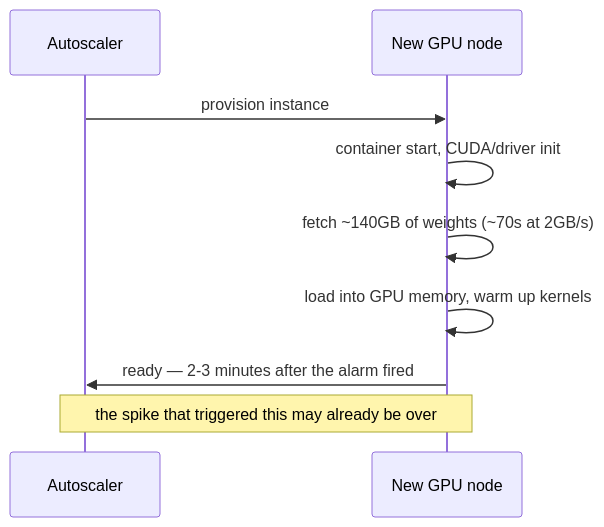
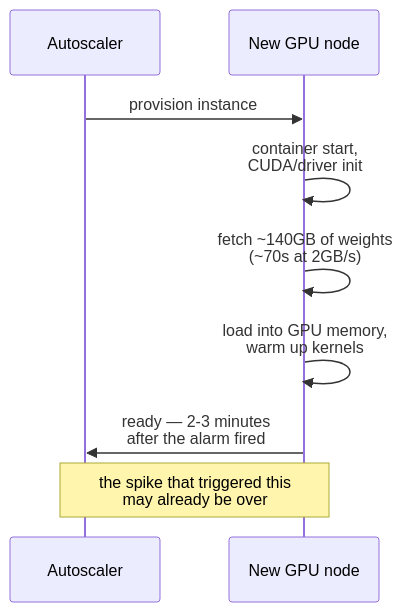
Before and after one commit to riyaz-pasha/Learnings: the ninth of 13 diagrams in system-design/HLD/0-course/42-Design-a-ChatGPT-System-FAANG-Guide-story.md, drawn with Mermaid. The commit also changed other lines of this file and 1 other file, not shown here.

Commit message:
[REWRITE] ChatGPT System story guide: simplify prose, add structure, fix diagrams

````diff
--- a/system-design/HLD/0-course/42-Design-a-ChatGPT-System-FAANG-Guide-story.md
+++ b/system-design/HLD/0-course/42-Design-a-ChatGPT-System-FAANG-Guide-story.md
@@ -224,11 +496,12 @@
 ```mermaid
 sequenceDiagram
     participant AS as Autoscaler
     participant Node as New GPU node
+
     AS->>Node: provision instance
-    Node->>Node: container start, CUDA/driver init
-    Node->>Node: fetch ~140GB of weights (~70s at 2GB/s)
-    Node->>Node: load into GPU memory, warm up kernels
-    Node->>AS: ready — 2-3 minutes after the alarm fired
-    Note over AS,Node: the spike that triggered this may already be over
+    Node->>Node: container start,<br/>CUDA/driver init
+    Node->>Node: fetch ~140GB of weights<br/>(~70s at 2GB/s)
+    Node->>Node: load into GPU memory,<br/>warm up kernels
+    Node->>AS: ready — 2-3 minutes<br/>after the alarm fired
+    Note over AS,Node: the spike that triggered this<br/>may already be over
 ```
````
